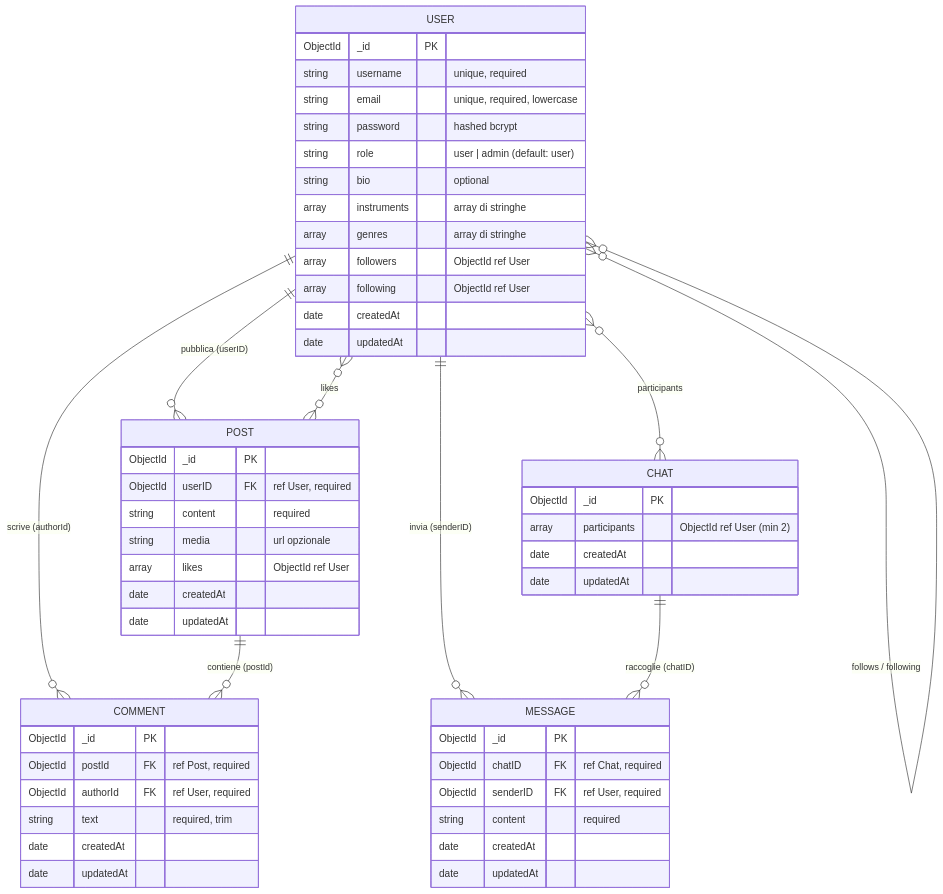
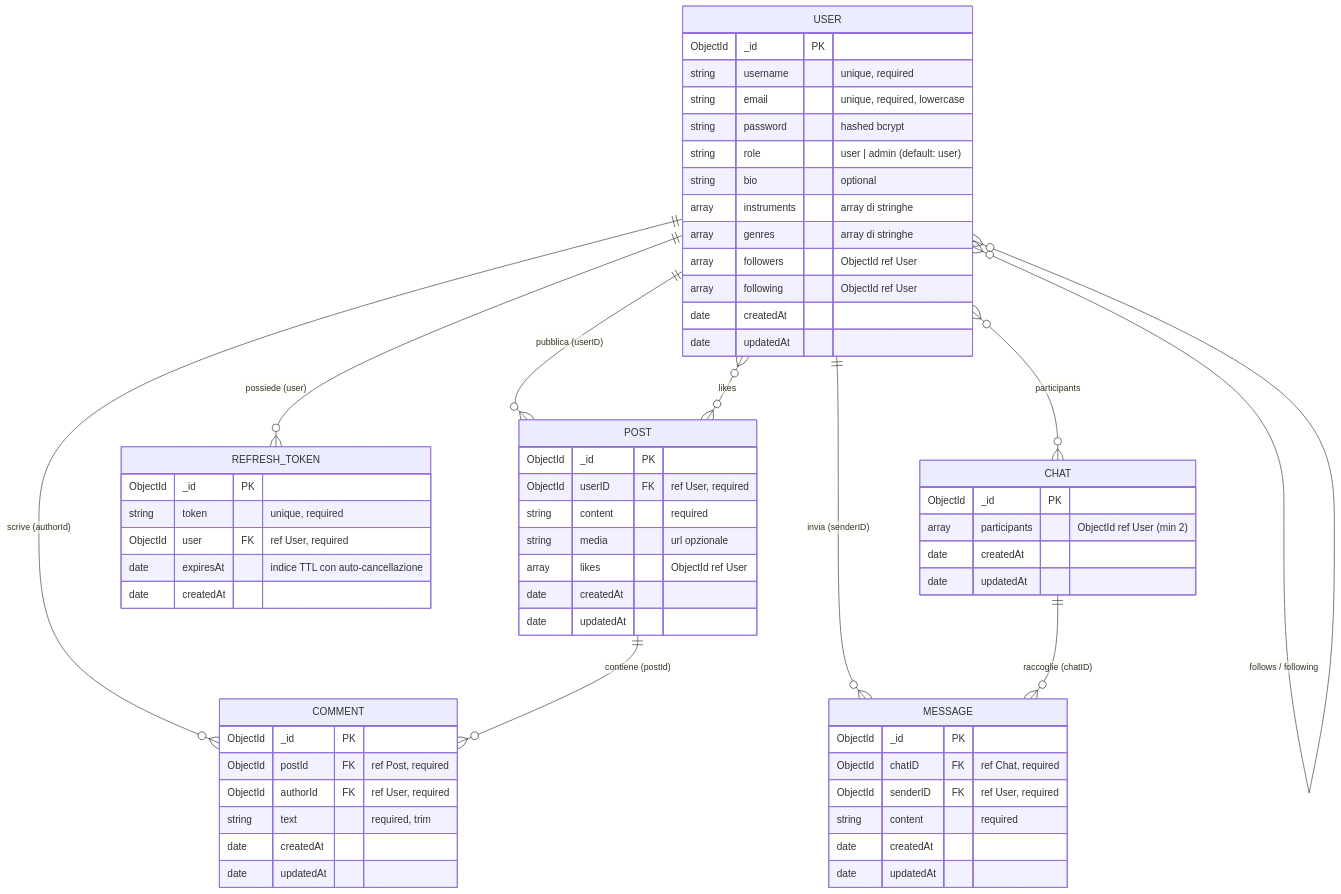
One commit to LucaValenz/JamPulse changed the second of 5 diagrams in README.md. Above: the diagram before and after it, drawn with Mermaid. The commit also changed other lines of this file and 8 other files, not shown here.

First line of the commit message:
Add dual-token auth flow

````diff
--- a/README.md
+++ b/README.md
@@ -198,61 +198,70 @@
 ```mermaid
 erDiagram
     USER ||--o{ POST : "pubblica (userID)"
     USER ||--o{ COMMENT : "scrive (authorId)"
     USER ||--o{ MESSAGE : "invia (senderID)"
+    USER ||--o{ REFRESH_TOKEN : "possiede (user)"
     USER }o--o{ USER : "follows / following"
     USER }o--o{ POST : "likes"
     USER }o--o{ CHAT : "participants"
     POST ||--o{ COMMENT : "contiene (postId)"
     CHAT ||--o{ MESSAGE : "raccoglie (chatID)"
+
+    REFRESH_TOKEN {
+        ObjectId _id PK
+        string token "unique, required"
+        ObjectId user FK "ref User, required"
+        date expiresAt "indice TTL con auto-cancellazione"
+        date createdAt
+    }
 
     USER {
         ObjectId _id PK
         string username "unique, required"
         string email "unique, required, lowercase"
         string password "hashed bcrypt"
         string role "user | admin (default: user)"
         string bio "optional"
         array instruments "array di stringhe"
         array genres "array di stringhe"
         array followers "ObjectId ref User"
         array following "ObjectId ref User"
         date createdAt
         date updatedAt
     }
 
     POST {
         ObjectId _id PK
         ObjectId userID FK "ref User, required"
         string content "required"
         string media "url opzionale"
         array likes "ObjectId ref User"
         date createdAt
         date updatedAt
     }
 
     COMMENT {
         ObjectId _id PK
         ObjectId postId FK "ref Post, required"
         ObjectId authorId FK "ref User, required"
         string text "required, trim"
         date createdAt
         date updatedAt
     }
 
     CHAT {
         ObjectId _id PK
         array participants "ObjectId ref User (min 2)"
         date createdAt
         date updatedAt
     }
 
     MESSAGE {
         ObjectId _id PK
         ObjectId chatID FK "ref Chat, required"
         ObjectId senderID FK "ref User, required"
         string content "required"
         date createdAt
         date updatedAt
     }
 ```
````
